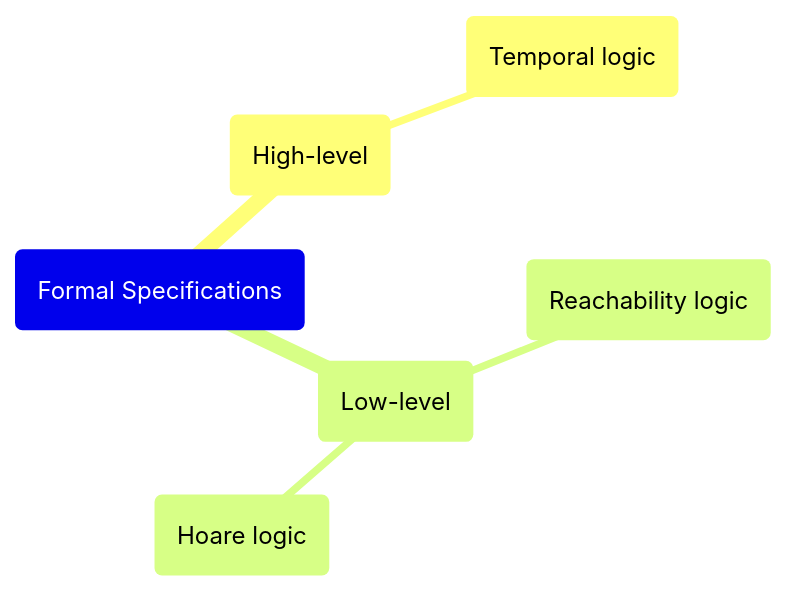
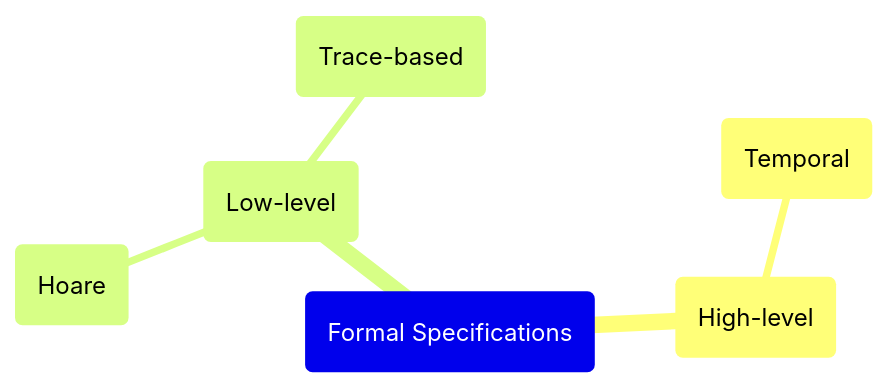
One commit to YanhuiJessica/YanhuiJessica.github.io changed the diagram in content/posts/formal_verification_of_smart_contracts.md. Above: the diagram before and after it, drawn with Mermaid. The commit also changed other lines of this file, not shown here.

````diff
--- a/content/posts/formal_verification_of_smart_contracts.md
+++ b/content/posts/formal_verification_of_smart_contracts.md
@@ -14,9 +23,9 @@
 ```mermaid
 mindmap
   root(Formal Specifications)
     high(High-level)
-      temporal(Temporal logic)
+      temporal(Temporal)
     low(Low-level)
-      hoare(Hoare logic)
-      reachability(Reachability logic)
+      hoare(Hoare)
+      trace(Trace-based)
 ```
````
